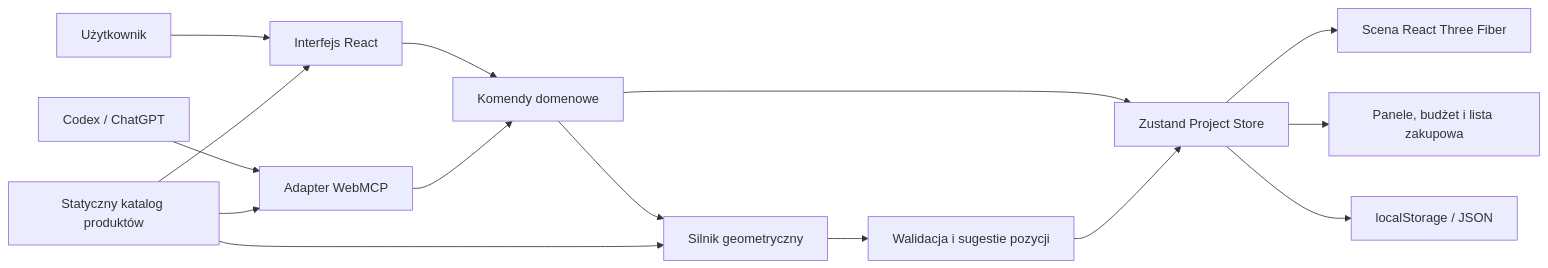
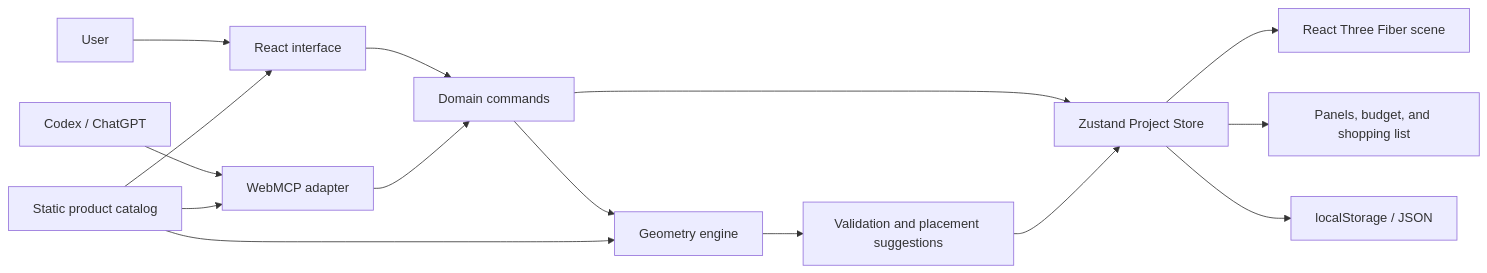
Before and after one commit to OskarWieckowicz/home-gym: the first of 2 diagrams in docs/TECHNICAL_ARCHITECTURE.md, drawn with Mermaid. The commit also changed other lines of this file and 4 other files, not shown here.

````diff
--- a/docs/TECHNICAL_ARCHITECTURE.md
+++ b/docs/TECHNICAL_ARCHITECTURE.md
@@ -43,21 +43,21 @@
 ```mermaid
 flowchart LR
-    Human[Użytkownik] --> UI[Interfejs React]
-    Agent[Codex / ChatGPT] --> MCP[Adapter WebMCP]
+    Human[User] --> UI[React interface]
+    Agent[Codex / ChatGPT] --> MCP[WebMCP adapter]
 
-    UI --> Commands[Komendy domenowe]
+    UI --> Commands[Domain commands]
     MCP --> Commands
 
     Commands --> Store[Zustand Project Store]
-    Commands --> Geometry[Silnik geometryczny]
-    Geometry --> Validation[Walidacja i sugestie pozycji]
+    Commands --> Geometry[Geometry engine]
+    Geometry --> Validation[Validation and placement suggestions]
     Validation --> Store
 
-    Store --> Scene[Scena React Three Fiber]
-    Store --> Panels[Panele, budżet i lista zakupowa]
+    Store --> Scene[React Three Fiber scene]
+    Store --> Panels[Panels, budget, and shopping list]
     Store --> Persistence[localStorage / JSON]
 
-    Catalog[Statyczny katalog produktów] --> UI
+    Catalog[Static product catalog] --> UI
     Catalog --> MCP
     Catalog --> Geometry
 ```
````
